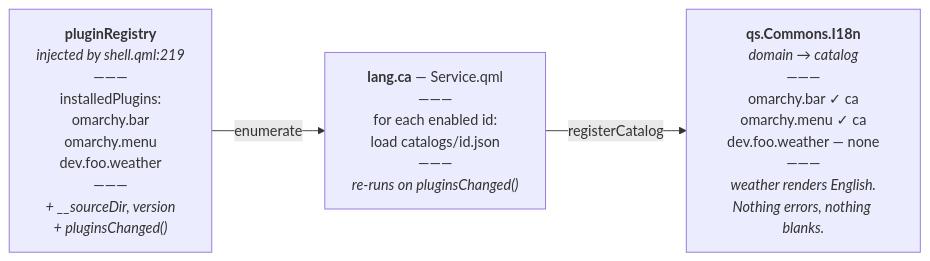
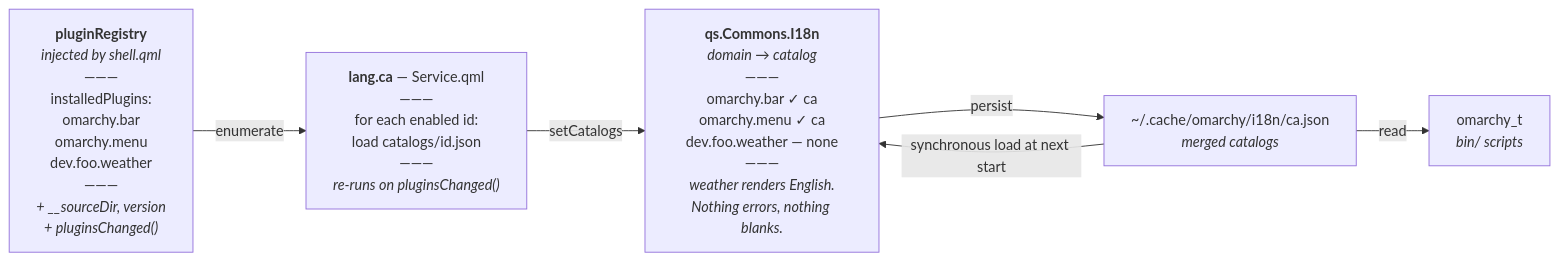
One commit to xavivars/omal10n-poc changed the second of 2 diagrams in omarchy-l10n-architecture.md. Above: the diagram before and after it, drawn with Mermaid. The commit also changed other lines of this file and 2 other files, not shown here.

````diff
--- a/omarchy-l10n-architecture.md
+++ b/omarchy-l10n-architecture.md
@@ -146,9 +159,14 @@
 ```mermaid
 flowchart LR
-  REG["<b>pluginRegistry</b><br/><i>injected by shell.qml:219</i><br/>―――<br/>installedPlugins:<br/>omarchy.bar<br/>omarchy.menu<br/>dev.foo.weather<br/>―――<br/><i>+ __sourceDir, version</i><br/><i>+ pluginsChanged()</i>"]
+  REG["<b>pluginRegistry</b><br/><i>injected by shell.qml</i><br/>―――<br/>installedPlugins:<br/>omarchy.bar<br/>omarchy.menu<br/>dev.foo.weather<br/>―――<br/><i>+ __sourceDir, version</i><br/><i>+ pluginsChanged()</i>"]
   SVC["<b>lang.ca</b> — Service.qml<br/>―――<br/>for each enabled id:<br/>load catalogs/id.json<br/>―――<br/><i>re-runs on pluginsChanged()</i>"]
   I18N["<b>qs.Commons.I18n</b><br/><i>domain → catalog</i><br/>―――<br/>omarchy.bar ✓ ca<br/>omarchy.menu ✓ ca<br/>dev.foo.weather — none<br/>―――<br/><i>weather renders English.</i><br/><i>Nothing errors, nothing blanks.</i>"]
+  CACHE["~/.cache/omarchy/i18n/ca.json<br/><i>merged catalogs</i>"]
+  CLI["omarchy_t<br/><i>bin/ scripts</i>"]
 
   REG -->|"enumerate"| SVC
-  SVC -->|"registerCatalog"| I18N
+  SVC -->|"setCatalogs"| I18N
+  I18N -->|"persist"| CACHE
+  CACHE -->|"synchronous load at next start"| I18N
+  CACHE -->|"read"| CLI
 ```
````
